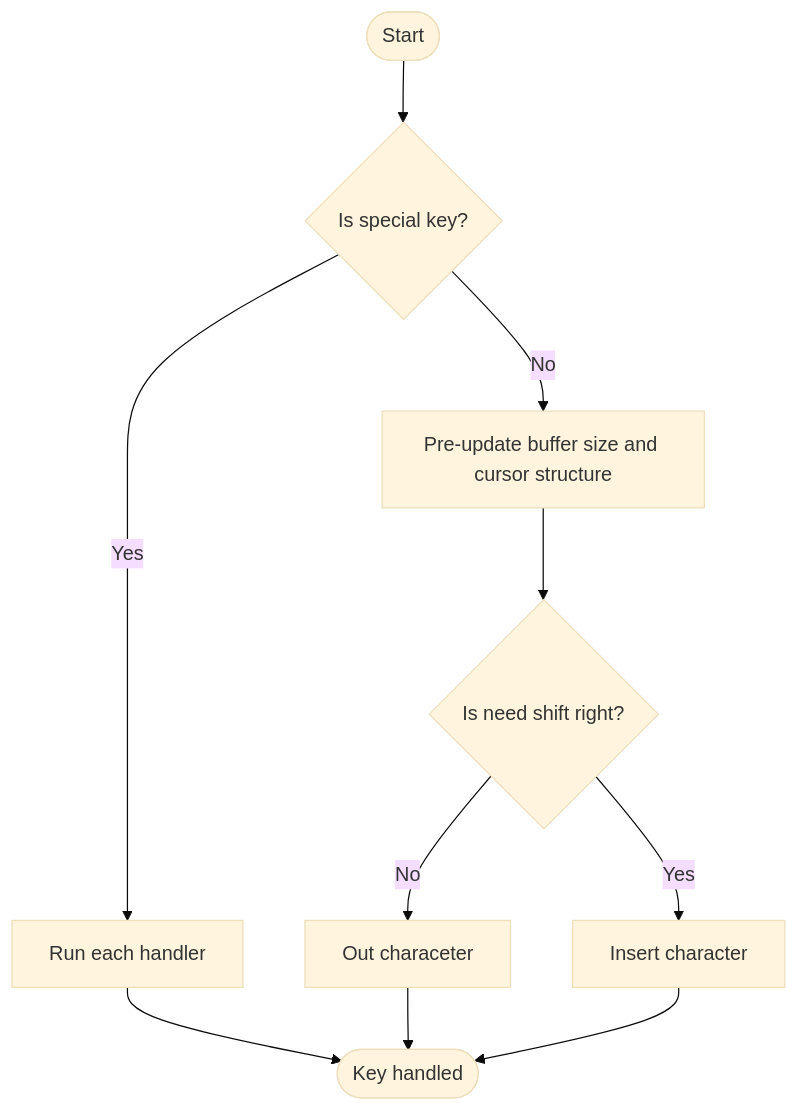
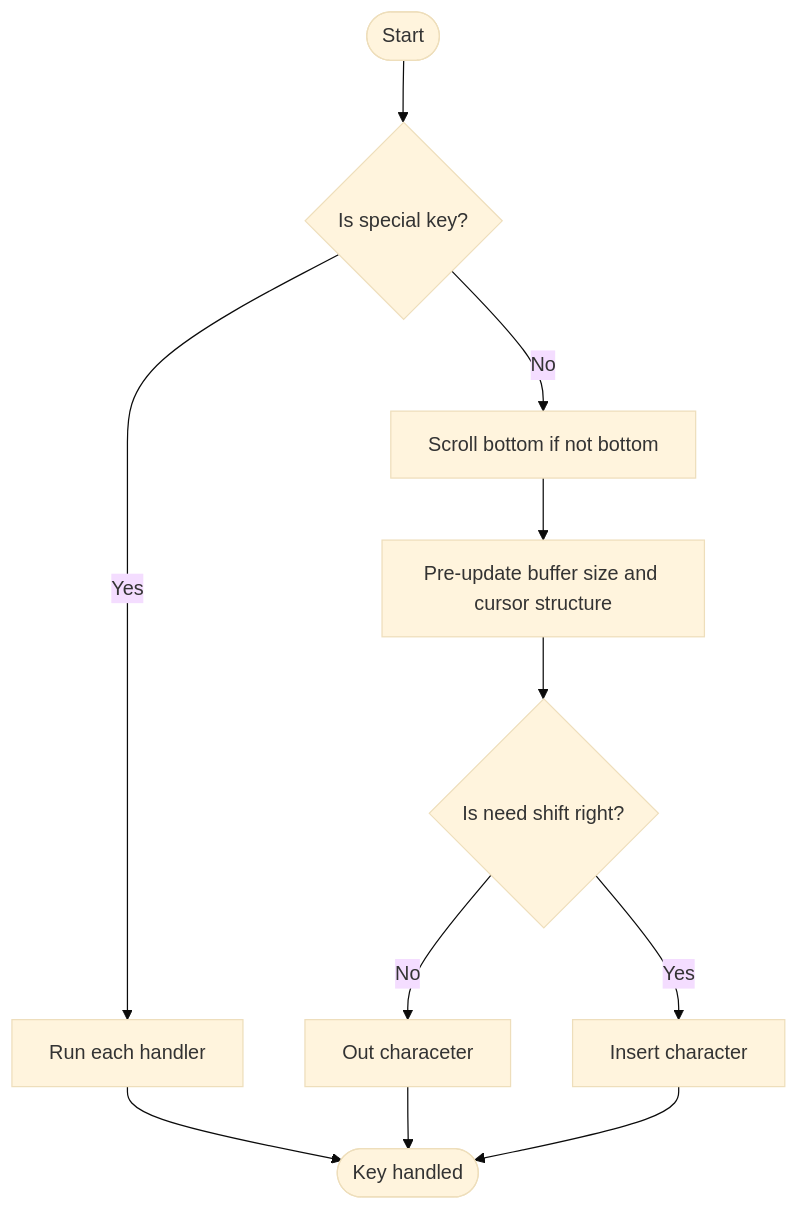
The fourth of 14 diagrams in docs/drv/keyboard.md (facooya/fayos), drawn with Mermaid (base theme) before and after one commit. The commit also changed other lines of this file and 2 other files, not shown here.

Commit message:
feat(keyboard): Scroll bottom if key input not bottom

````diff
--- a/docs/drv/keyboard.md
+++ b/docs/drv/keyboard.md
@@ -149,11 +151,11 @@
 ```mermaid
 graph TD
 Start([Start])
 End([Key handled])
 IfSpecial{"Is special key?"}
 Start --> IfSpecial
 IfSpecial -- Yes --> Special[Run each handler] --> End
-IfSpecial -- No --> Normal[Pre-update buffer size and cursor structure] --> IfShr{"Is need shift right?"}
+IfSpecial -- No --> Scroll[Scroll bottom if not bottom] --> Normal[Pre-update buffer size and cursor structure] --> IfShr{"Is need shift right?"}
 IfShr -- No --> Out[Out characeter] --> End
 IfShr -- Yes --> Shr[Insert character] --> End
 ```
````
